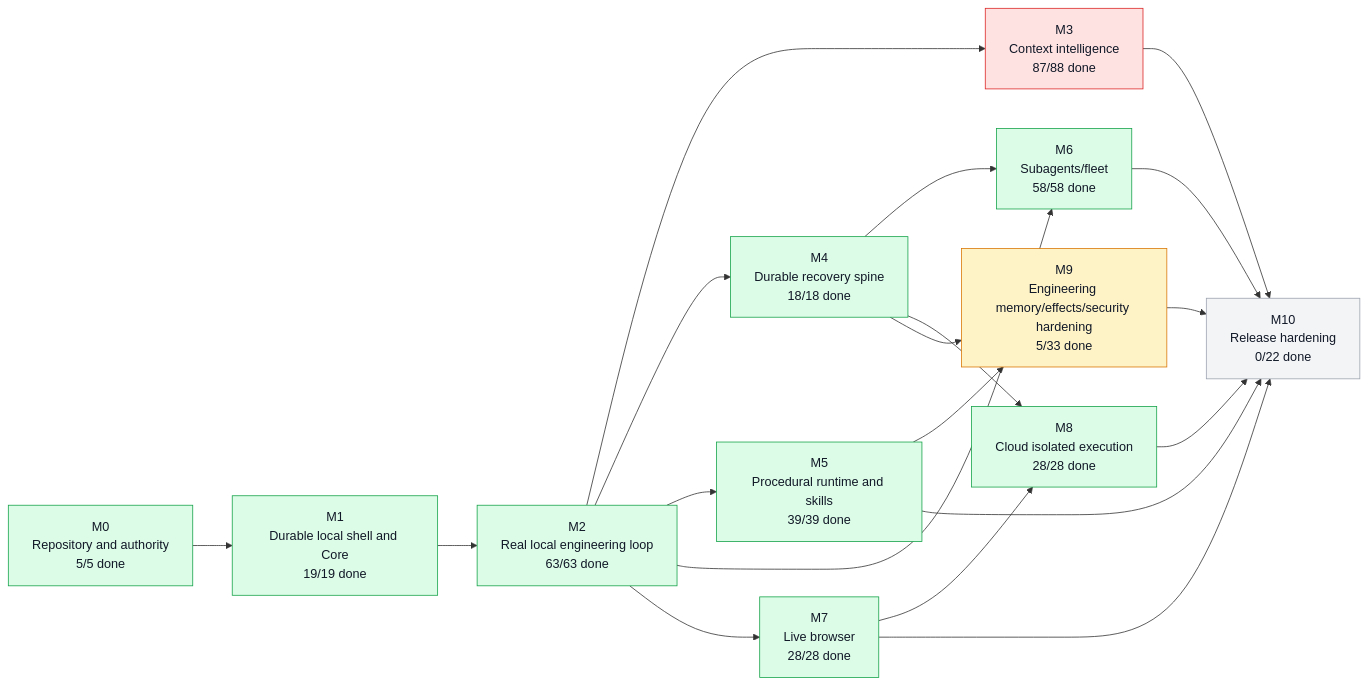
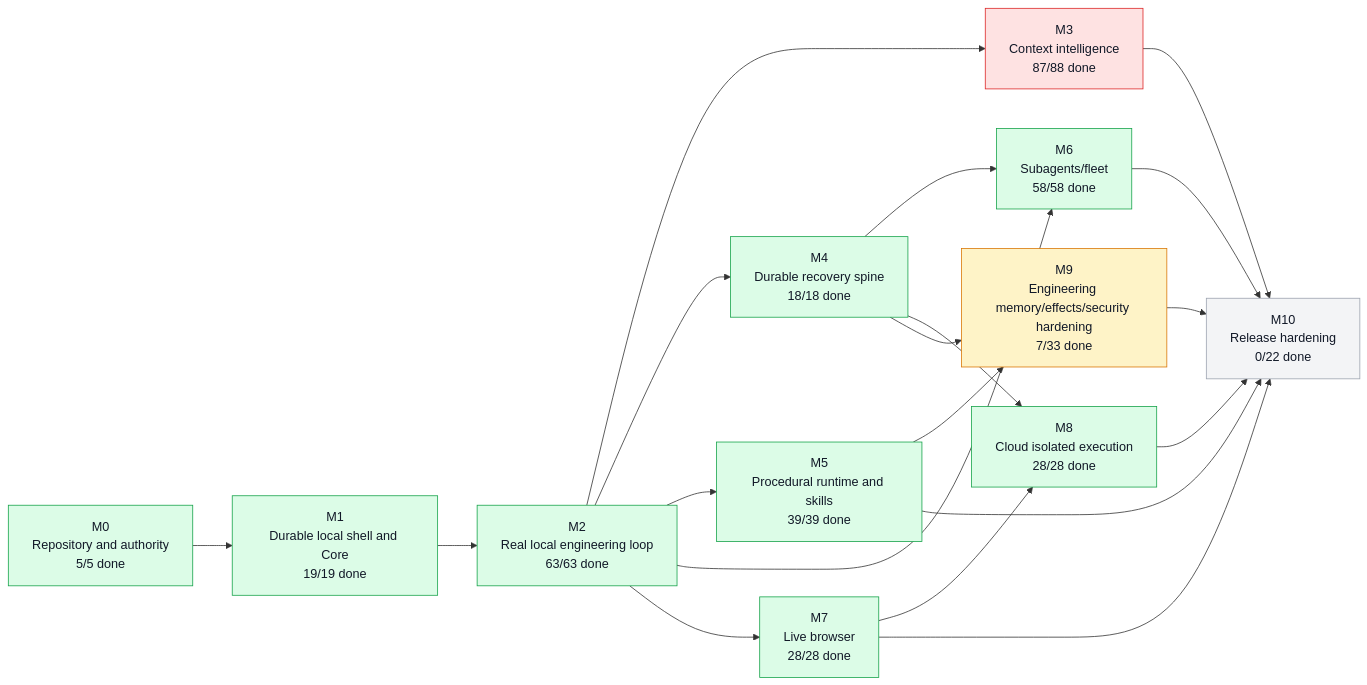
Before and after one commit to moss101/modbit: the first of 5 diagrams in graph/PROJECT_GRAPH.md, drawn with Mermaid. The commit also changed other lines of this file and 5 other files, not shown here.

````diff
--- a/graph/PROJECT_GRAPH.md
+++ b/graph/PROJECT_GRAPH.md
@@ -57,43 +57,43 @@
 ```mermaid
 flowchart LR
   M0["M0<br/>Repository and authority<br/>5/5 done"]
   M1["M1<br/>Durable local shell and Core<br/>19/19 done"]
   M2["M2<br/>Real local engineering loop<br/>63/63 done"]
   M3["M3<br/>Context intelligence<br/>87/88 done"]
   M4["M4<br/>Durable recovery spine<br/>18/18 done"]
   M5["M5<br/>Procedural runtime and skills<br/>39/39 done"]
   M6["M6<br/>Subagents/fleet<br/>58/58 done"]
   M7["M7<br/>Live browser<br/>28/28 done"]
   M8["M8<br/>Cloud isolated execution<br/>28/28 done"]
-  M9["M9<br/>Engineering memory/effects/security hardening<br/>5/33 done"]
+  M9["M9<br/>Engineering memory/effects/security hardening<br/>7/33 done"]
   M10["M10<br/>Release hardening<br/>0/22 done"]
   M0 --> M1
   M1 --> M2
   M2 --> M3
   M2 --> M4
   M2 --> M5
   M2 --> M6
   M4 --> M6
   M2 --> M7
   M4 --> M8
   M7 --> M8
   M4 --> M9
   M5 --> M9
   M3 --> M10
   M5 --> M10
   M6 --> M10
   M7 --> M10
   M8 --> M10
   M9 --> M10
   style M0 fill:#dcfce7,stroke:#16a34a,color:#111827
   style M1 fill:#dcfce7,stroke:#16a34a,color:#111827
   style M2 fill:#dcfce7,stroke:#16a34a,color:#111827
   style M3 fill:#fee2e2,stroke:#dc2626,color:#111827
   style M4 fill:#dcfce7,stroke:#16a34a,color:#111827
   style M5 fill:#dcfce7,stroke:#16a34a,color:#111827
   style M6 fill:#dcfce7,stroke:#16a34a,color:#111827
   style M7 fill:#dcfce7,stroke:#16a34a,color:#111827
   style M8 fill:#dcfce7,stroke:#16a34a,color:#111827
   style M9 fill:#fef3c7,stroke:#d97706,color:#111827
   style M10 fill:#f3f4f6,stroke:#9ca3af,color:#111827
 ```
````
